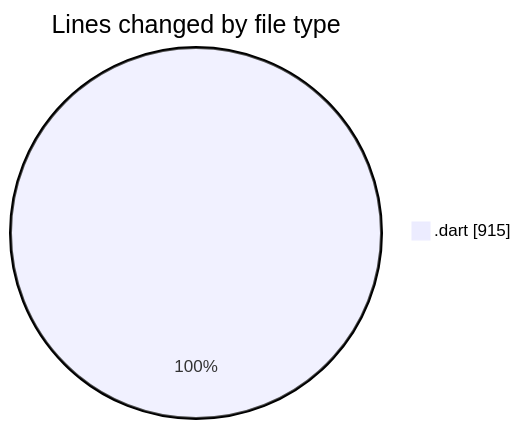
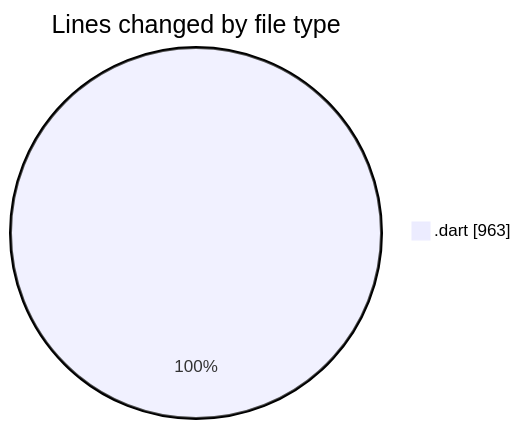
The first of 2 diagrams in 2025-01-15/trackers_app/README.md (donsfak/code-tracking), drawn with Mermaid before and after one commit. The commit also changed other lines of this file and 1 other file, not shown here.

````diff
--- a/2025-01-15/trackers_app/README.md
+++ b/2025-01-15/trackers_app/README.md
@@ -25,5 +28,5 @@
 ```mermaid
 pie showData
 title Lines changed by file type
-".dart" : 915
+".dart" : 963
 ```
````
